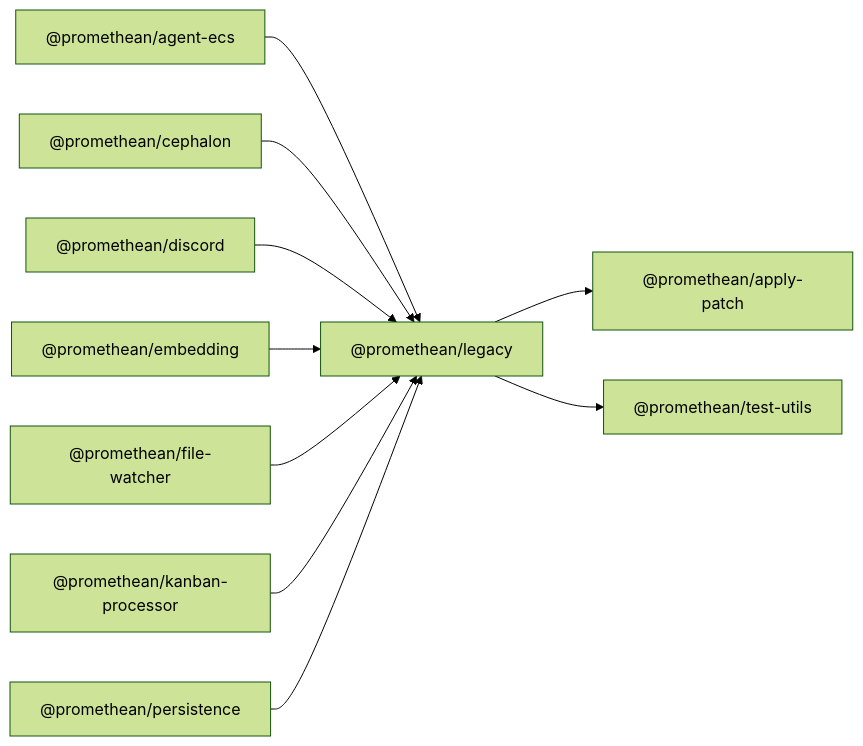
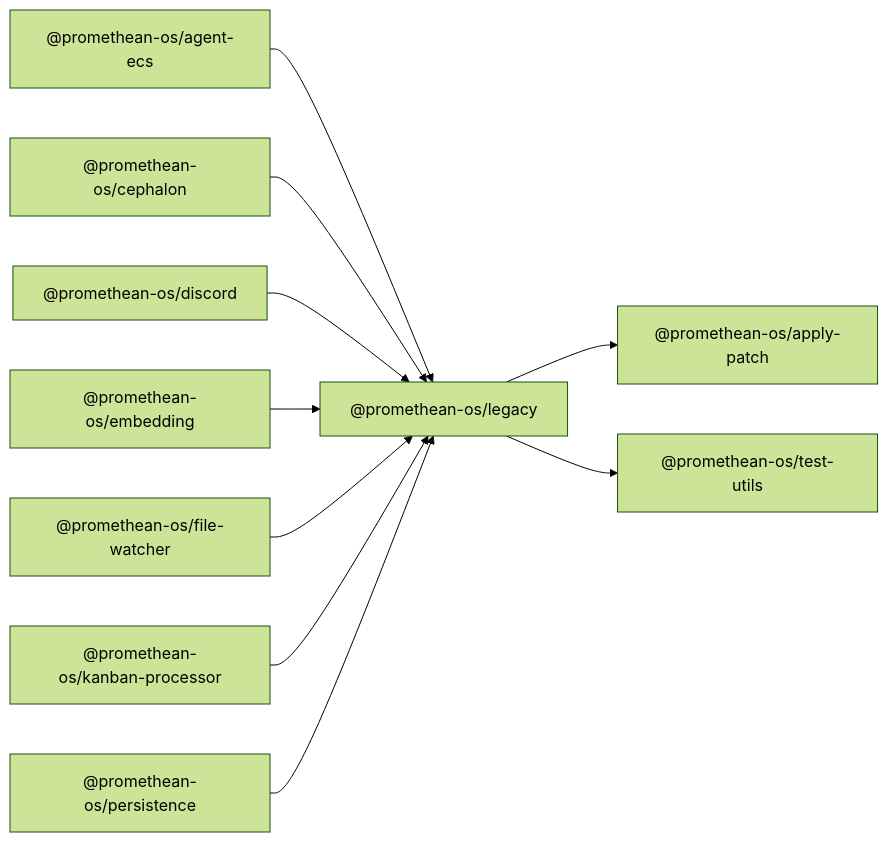
One commit to octave-commons/promethean changed the diagram in docs/packages/legacy/README.md. Above: the diagram before and after it, drawn with Mermaid (forest theme). The commit also changed other lines of this file and 1753 other files, not shown here.

````diff
--- a/docs/packages/legacy/README.md
+++ b/docs/packages/legacy/README.md
@@ -14,31 +14,31 @@
 ```mermaid
 graph LR
-  A["@promethean/legacy"]
-  D1["@promethean/apply-patch"]
-  D2["@promethean/test-utils"]
-  R1["@promethean/agent-ecs"]
-  R2["@promethean/cephalon"]
-  R3["@promethean/discord"]
-  R4["@promethean/embedding"]
-  R5["@promethean/file-watcher"]
-  R6["@promethean/kanban-processor"]
-  R7["@promethean/persistence"]
-  A --> D1["@promethean/apply-patch"]
-  A --> D2["@promethean/test-utils"]
-  R1["@promethean/agent-ecs"] --> A
-  R2["@promethean/cephalon"] --> A
-  R3["@promethean/discord"] --> A
-  R4["@promethean/embedding"] --> A
-  R5["@promethean/file-watcher"] --> A
-  R6["@promethean/kanban-processor"] --> A
-  R7["@promethean/persistence"] --> A
-  click D1 "../apply-patch/README.md" "@promethean/apply-patch"
-  click D2 "../test-utils/README.md" "@promethean/test-utils"
-  click R1 "../agent-ecs/README.md" "@promethean/agent-ecs"
-  click R2 "../cephalon/README.md" "@promethean/cephalon"
-  click R3 "../discord/README.md" "@promethean/discord"
-  click R4 "../embedding/README.md" "@promethean/embedding"
-  click R5 "../file-watcher/README.md" "@promethean/file-watcher"
-  click R6 "../kanban-processor/README.md" "@promethean/kanban-processor"
-  click R7 "../persistence/README.md" "@promethean/persistence"
+  A["@promethean-os/legacy"]
+  D1["@promethean-os/apply-patch"]
+  D2["@promethean-os/test-utils"]
+  R1["@promethean-os/agent-ecs"]
+  R2["@promethean-os/cephalon"]
+  R3["@promethean-os/discord"]
+  R4["@promethean-os/embedding"]
+  R5["@promethean-os/file-watcher"]
+  R6["@promethean-os/kanban-processor"]
+  R7["@promethean-os/persistence"]
+  A --> D1["@promethean-os/apply-patch"]
+  A --> D2["@promethean-os/test-utils"]
+  R1["@promethean-os/agent-ecs"] --> A
+  R2["@promethean-os/cephalon"] --> A
+  R3["@promethean-os/discord"] --> A
+  R4["@promethean-os/embedding"] --> A
+  R5["@promethean-os/file-watcher"] --> A
+  R6["@promethean-os/kanban-processor"] --> A
+  R7["@promethean-os/persistence"] --> A
+  click D1 "../apply-patch/README.md" "@promethean-os/apply-patch"
+  click D2 "../test-utils/README.md" "@promethean-os/test-utils"
+  click R1 "../agent-ecs/README.md" "@promethean-os/agent-ecs"
+  click R2 "../cephalon/README.md" "@promethean-os/cephalon"
+  click R3 "../discord/README.md" "@promethean-os/discord"
+  click R4 "../embedding/README.md" "@promethean-os/embedding"
+  click R5 "../file-watcher/README.md" "@promethean-os/file-watcher"
+  click R6 "../kanban-processor/README.md" "@promethean-os/kanban-processor"
+  click R7 "../persistence/README.md" "@promethean-os/persistence"
 ```
````
